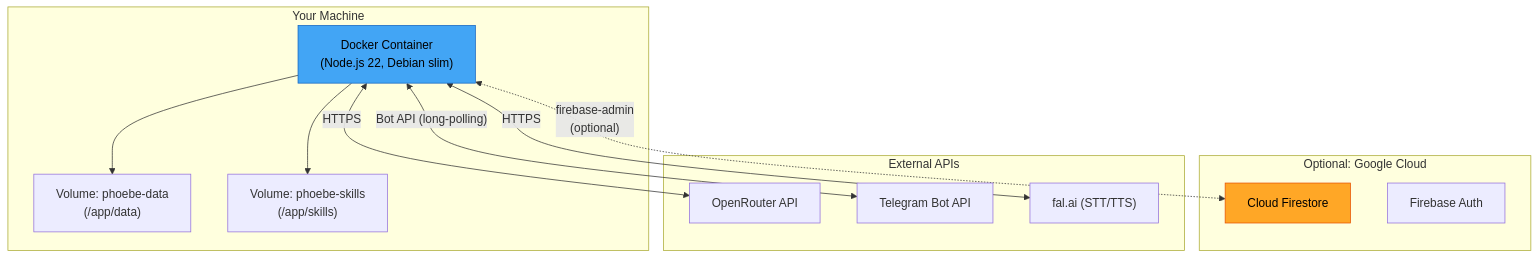
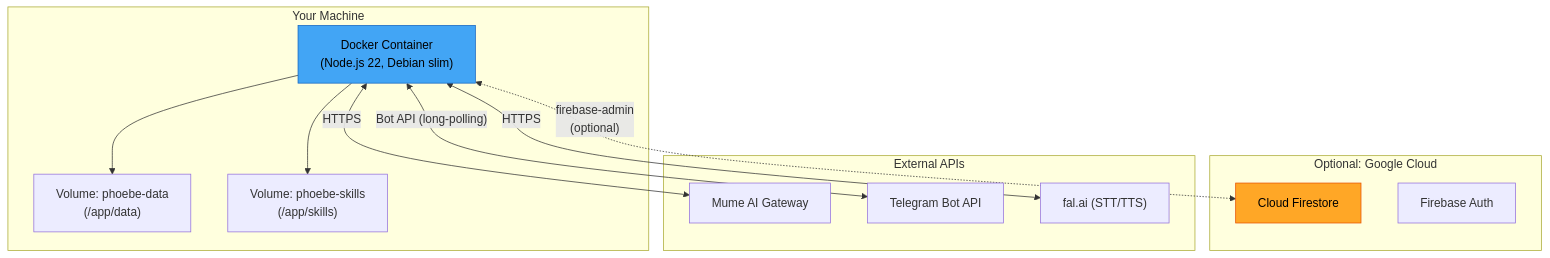
One commit to muse-mesh/phoebe changed diagram 13 of 13 in ARCHITECTURE.md. Above: the diagram before and after it, drawn with Mermaid. The commit also changed other lines of this file and 8 other files, not shown here.

````diff
--- a/ARCHITECTURE.md
+++ b/ARCHITECTURE.md
@@ -846,29 +846,29 @@
 ```mermaid
 graph TB
     subgraph "Your Machine"
         DOCKER["Docker Container<br/>(Node.js 22, Debian slim)"]
         VOL_DATA["Volume: phoebe-data<br/>(/app/data)"]
         VOL_SKILLS["Volume: phoebe-skills<br/>(/app/skills)"]
         DOCKER --> VOL_DATA
         DOCKER --> VOL_SKILLS
     end
 
     subgraph "Optional: Google Cloud"
         FIRESTORE["Cloud Firestore"]
         FAUTH["Firebase Auth"]
     end
 
     subgraph "External APIs"
-        OPENROUTER["OpenRouter API"]
+        MUMEAI["Mume AI Gateway"]
         TELEGRAM["Telegram Bot API"]
         FAL["fal.ai (STT/TTS)"]
     end
 
-    DOCKER <-->|"HTTPS"| OPENROUTER
+    DOCKER <-->|"HTTPS"| MUMEAI
     DOCKER <-->|"Bot API (long-polling)"| TELEGRAM
     DOCKER <-->|"HTTPS"| FAL
     DOCKER <-.->|"firebase-admin<br/>(optional)"| FIRESTORE
 
     style DOCKER fill:#42A5F5,stroke:#1565C0,color:#000
     style FIRESTORE fill:#FFA726,stroke:#E65100,color:#000
 ```
````
